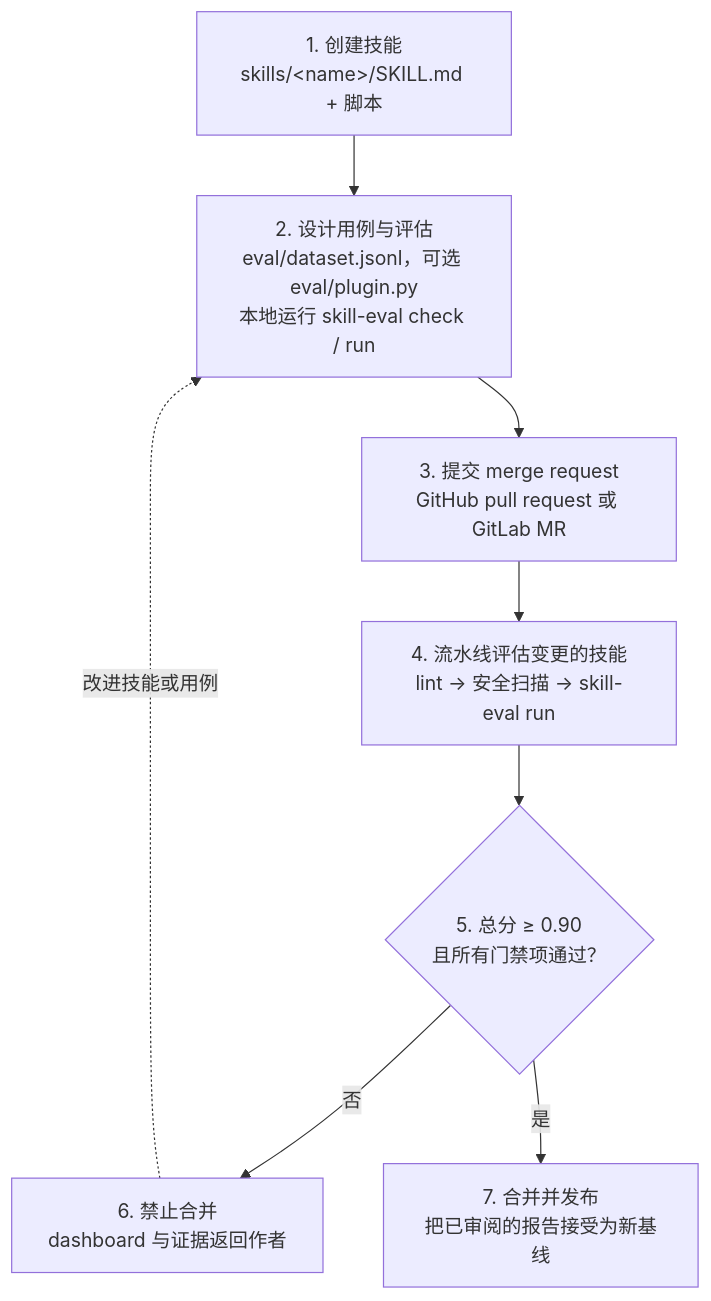
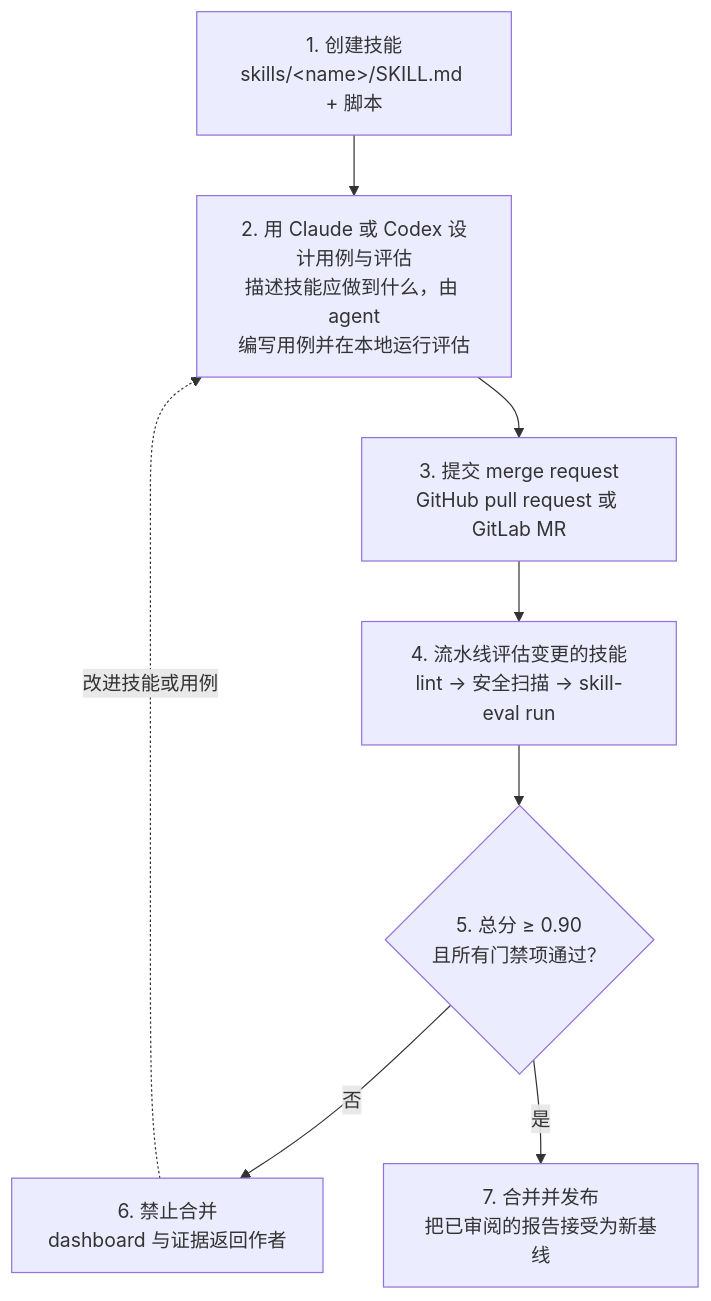
Before and after one commit to RichardLeeY/skill-eval-marketplace: the diagram in README.zh-CN.md, drawn with Mermaid. The commit also changed other lines of this file and 1 other file, not shown here.

Commit message:
docs: describe step 2 as agent-assisted case design

````diff
--- a/README.zh-CN.md
+++ b/README.zh-CN.md
@@ -14,10 +14,10 @@
 ```mermaid
 flowchart TD
-    A["1. 创建技能<br/>skills/&lt;name&gt;/SKILL.md + 脚本"] --> B["2. 设计用例与评估<br/>eval/dataset.jsonl，可选 eval/plugin.py<br/>本地运行 skill-eval check / run"]
+    A["1. 创建技能<br/>skills/&lt;name&gt;/SKILL.md + 脚本"] --> B["2. 用 Claude 或 Codex 设计用例与评估<br/>描述技能应做到什么，由 agent<br/>编写用例并在本地运行评估"]
     B --> C["3. 提交 merge request<br/>GitHub pull request 或 GitLab MR"]
     C --> D["4. 流水线评估变更的技能<br/>lint → 安全扫描 → skill-eval run"]
     D --> E{"5. 总分 ≥ 0.90<br/>且所有门禁项通过？"}
     E -- "否" --> F["6. 禁止合并<br/>dashboard 与证据返回作者"]
     F -. "改进技能或用例" .-> B
     E -- "是" --> G["7. 合并并发布<br/>把已审阅的报告接受为新基线"]
 ```
````
